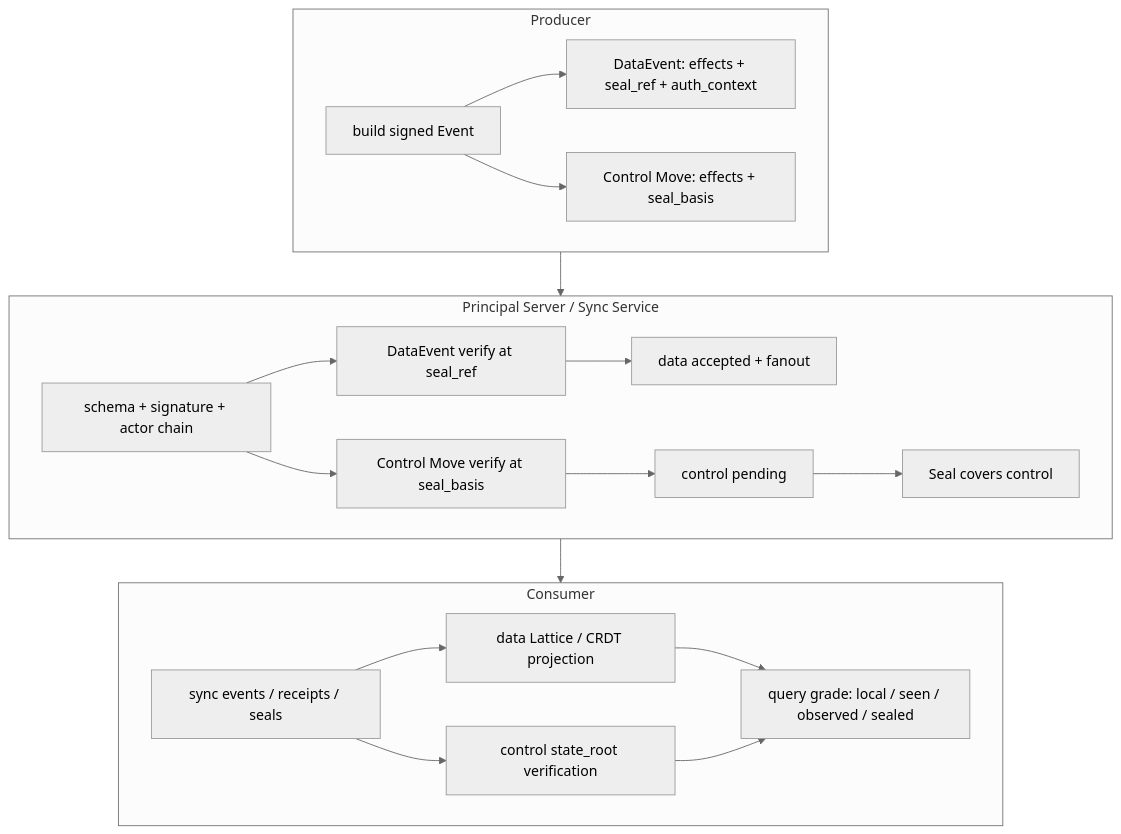
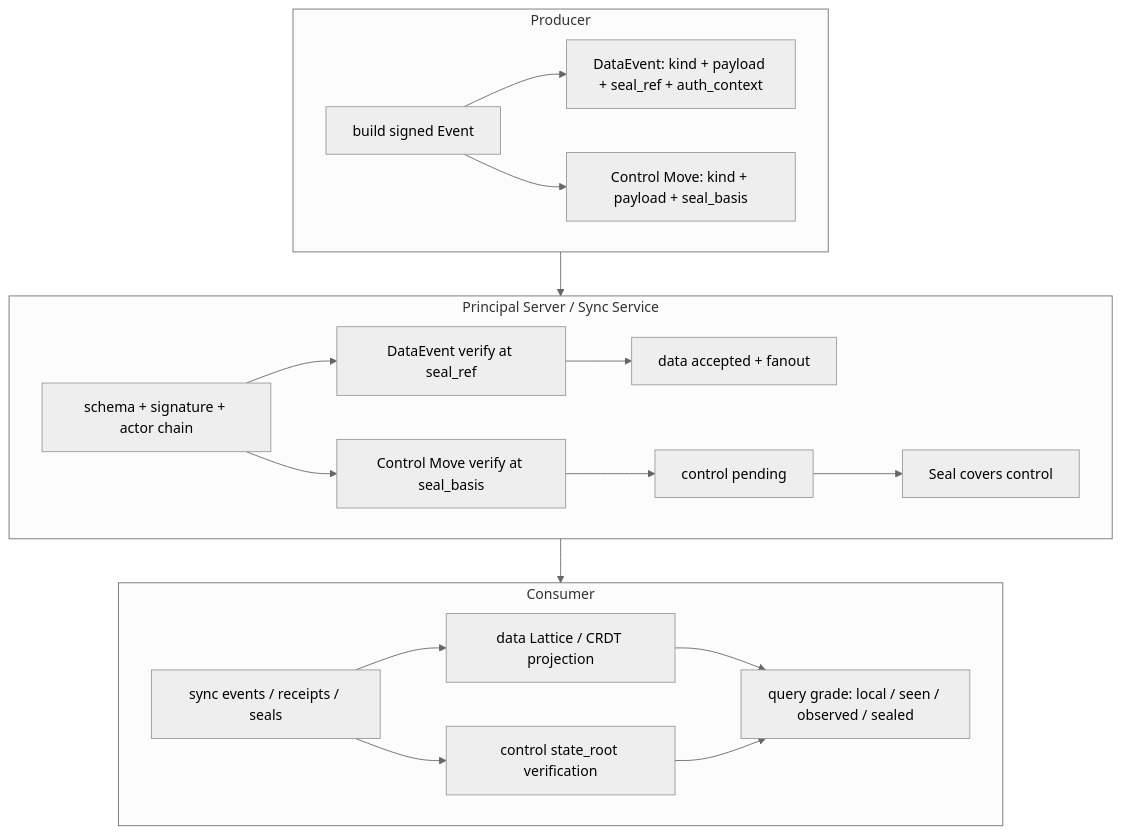
The diagram in spec/v1/zh/sync/operations-sync.md (arkret-org/arkret-spec), drawn with Mermaid (neutral theme) before and after one commit. The commit also changed other lines of this file and 118 other files, not shown here.

````diff
--- a/spec/v1/zh/sync/operations-sync.md
+++ b/spec/v1/zh/sync/operations-sync.md
@@ -145,32 +150,32 @@
 ```mermaid
 flowchart TB
     subgraph P ["Producer"]
         P1["build signed Event"]
-        P2["DataEvent: effects + seal_ref + auth_context"]
-        P3["Control Move: effects + seal_basis"]
+        P2["DataEvent: kind + payload + seal_ref + auth_context"]
+        P3["Control Move: kind + payload + seal_basis"]
         P1 --> P2
         P1 --> P3
     end
 
     subgraph S ["Principal Server / Sync Service"]
         S1["schema + signature + actor chain"]
         S2["DataEvent verify at seal_ref"]
         S3["Control Move verify at seal_basis"]
         S4["data accepted + fanout"]
         S5["control pending"]
         S6["Seal covers control"]
         S1 --> S2 --> S4
         S1 --> S3 --> S5 --> S6
     end
 
     subgraph C ["Consumer"]
         C1["sync events / receipts / seals"]
         C2["data Lattice / CRDT projection"]
         C3["control state_root verification"]
         C4["query grade: local / seen / observed / sealed"]
         C1 --> C2 --> C4
         C1 --> C3 --> C4
     end
 
     P --> S --> C
 ```
````
